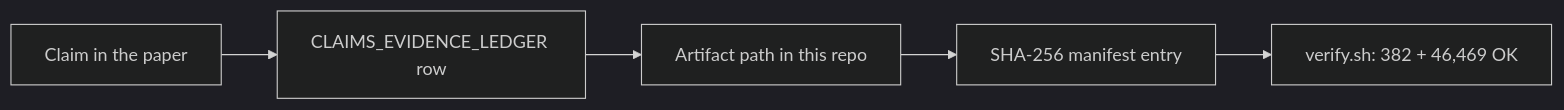
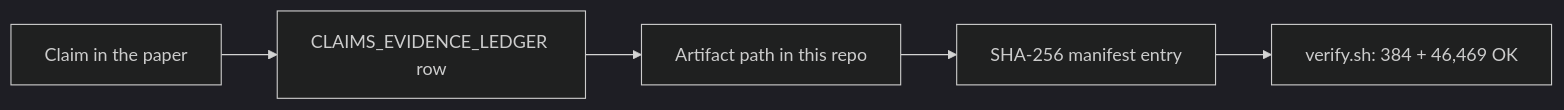
Before and after one commit to 0xLAB-art/belief-tomography-artifact: the diagram in README.md, drawn with Mermaid (dark theme). The commit also changed other lines of this file and 12 other files, not shown here.

````diff
--- a/README.md
+++ b/README.md
@@ -51,7 +51,7 @@
 ```mermaid
 flowchart LR
     A["Claim in the paper"] --> B["CLAIMS_EVIDENCE_LEDGER row"]
     B --> C["Artifact path in this repo"]
     C --> D["SHA-256 manifest entry"]
-    D --> E["verify.sh: 382 + 46,469 OK"]
+    D --> E["verify.sh: 384 + 46,469 OK"]
 ```
````
